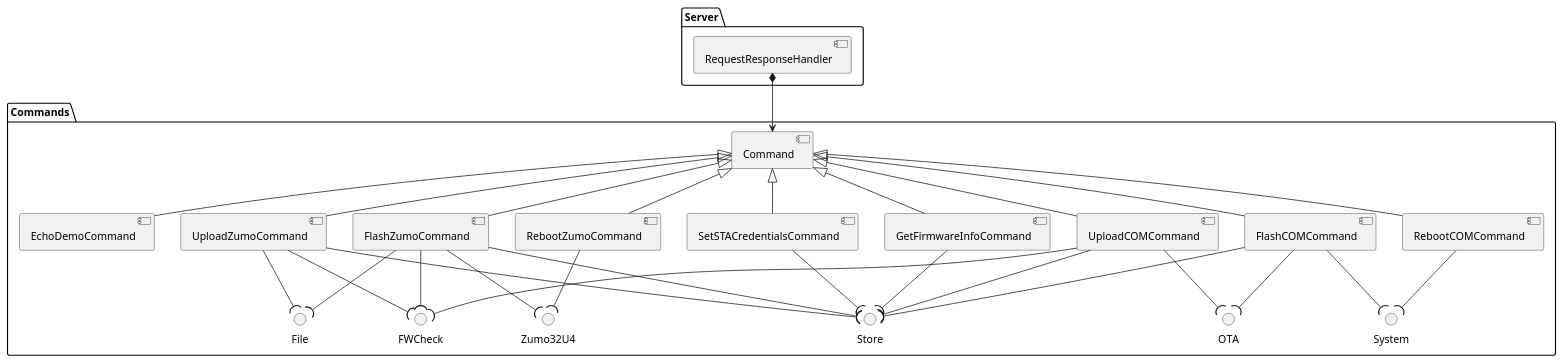
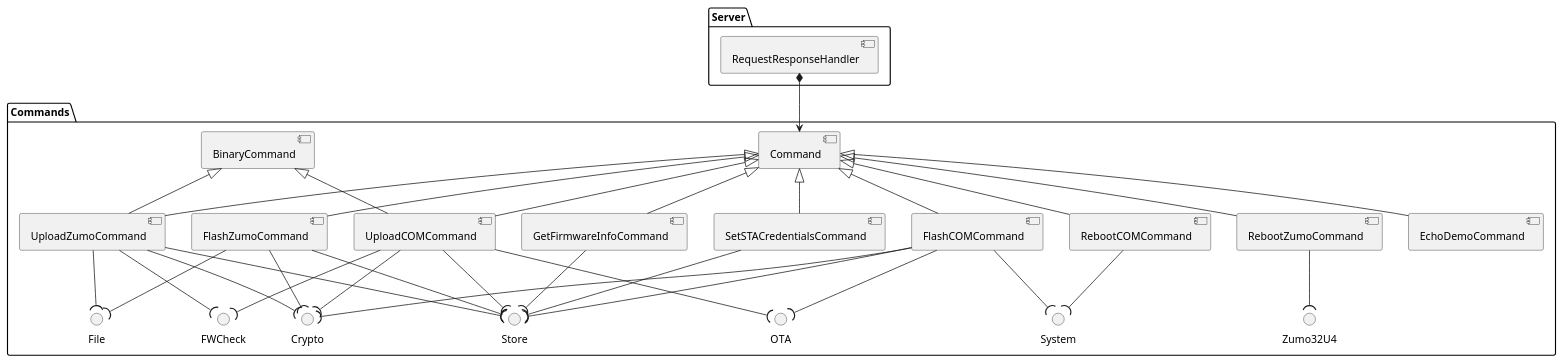
The diagram in doc/architecture/server/03_Commands.plantuml (NewTec-GmbH/ZumoComSystem), drawn with PlantUML before and after one commit. The commit also changed 3 other files, not shown here.

Commit message:
refactor(doc): Update architecture diagrams

```diff
--- a/doc/architecture/server/03_Commands.plantuml
+++ b/doc/architecture/server/03_Commands.plantuml
@@ -1,54 +1,60 @@
 @startuml
 package Server {
     component "RequestResponseHandler" as RequestResponseHandler
 }
 
 package Commands {
     interface "OTA" as ota
     interface "FWCheck" as FWCheck
     interface "File" as File
     interface "Store" as Store
     interface "Zumo32U4" as Zumo32U4
     interface "System" as System
+    interface "Crypto"
 
     component Command
+    component BinaryCommand
     component "EchoDemoCommand" as echodemocommand
     component "UploadZumoCommand" as uploadzumoservice
     component "FlashZumoCommand" as flashzumoservice
     component "SetSTACredentialsCommand" as credconfig
     component "RebootZumoCommand" as resetzumoservice
     component "RebootCOMCommand" as resetcomplatforomservice
     component "UploadCOMCommand" as uploadcomfirmware
     component "FlashCOMCommand" as flashcomfirmware
     component "GetFirmwareInfoCommand" as getfirmwareinfo
 
     Command <|-- echodemocommand
     Command <|-- uploadzumoservice
+    BinaryCommand <|-- uploadzumoservice
     Command <|-- flashzumoservice
     Command <|-- credconfig
     Command <|-- resetzumoservice
     Command <|-- resetcomplatforomservice
     Command <|-- uploadcomfirmware
+    BinaryCommand <|-- uploadcomfirmware
     Command <|-- flashcomfirmware
     Command <|-- getfirmwareinfo
     RequestResponseHandler *--> Command
 
     uploadzumoservice -down-(File
     uploadzumoservice -down-(Store
     uploadzumoservice -down-(FWCheck
+    uploadzumoservice -down-(Crypto
     uploadcomfirmware -down-(ota
     uploadcomfirmware -down-(Store
     uploadcomfirmware -down-(FWCheck
+    uploadcomfirmware -down-(Crypto
     flashcomfirmware -down-(ota
     flashcomfirmware -down-(Store
     flashcomfirmware -down-(System
+    flashcomfirmware -down-(Crypto
     credconfig -down-(Store
-    flashzumoservice -down-(FWCheck
     flashzumoservice -down-(File
     flashzumoservice -down-(Store
-    flashzumoservice -down-(Zumo32U4
+    flashzumoservice -down-(Crypto
     resetzumoservice -down-(Zumo32U4
     resetcomplatforomservice -down-(System
     getfirmwareinfo -down-(Store
 }
 @enduml
```
